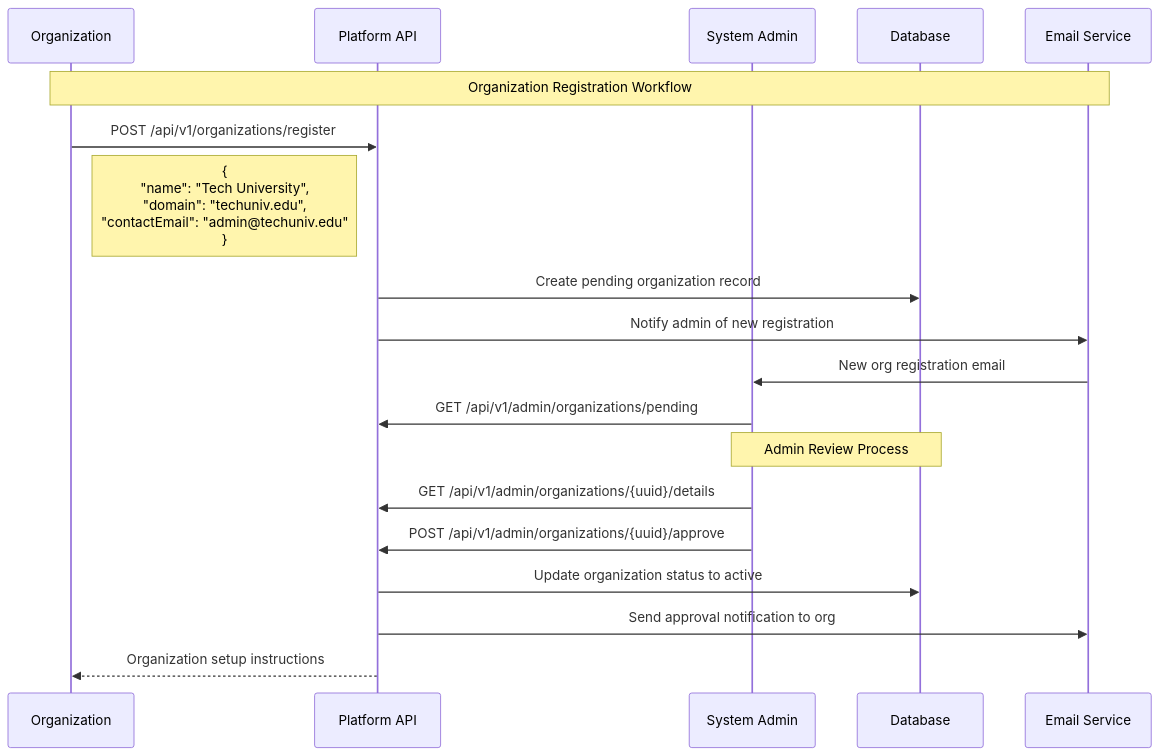
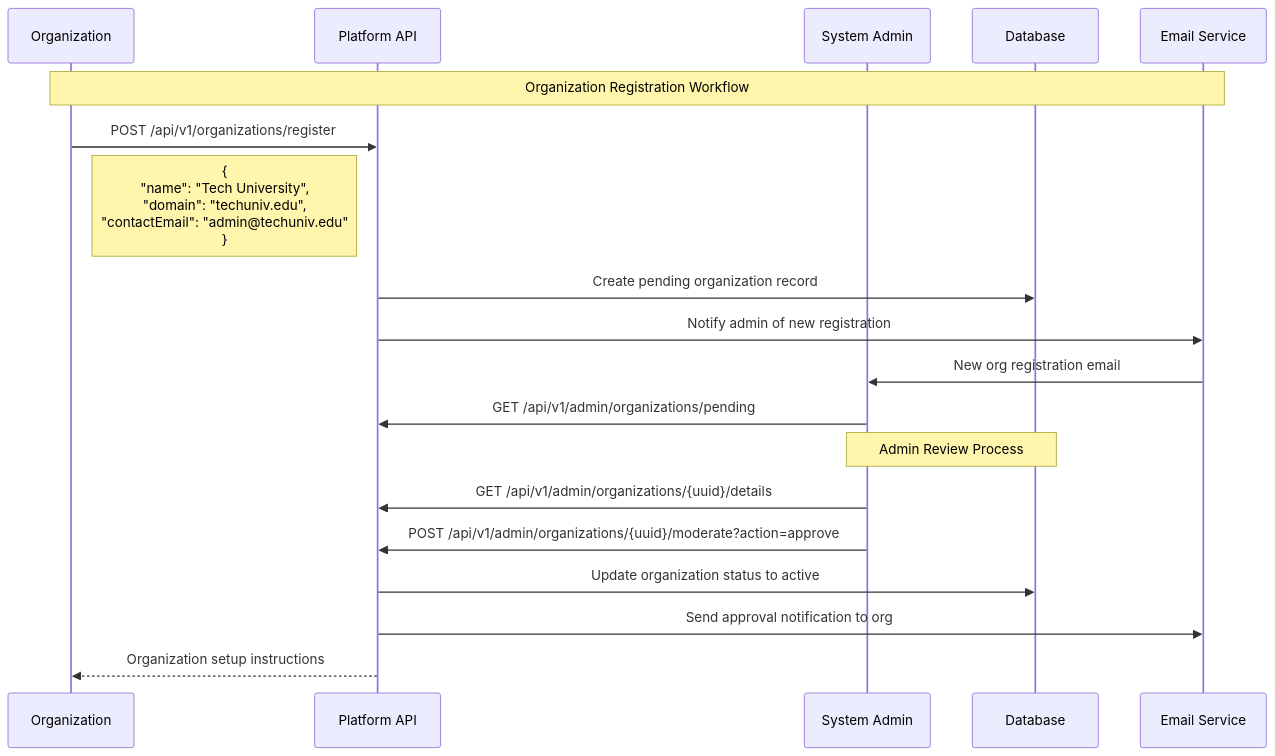
The fourth of 7 diagrams in docs/guides/AdminDomainGuide.md (sarafrika/elimika), drawn with Mermaid before and after one commit. The commit also changed other lines of this file and 8 other files, not shown here.

````diff
--- a/docs/guides/AdminDomainGuide.md
+++ b/docs/guides/AdminDomainGuide.md
@@ -158,26 +158,26 @@
 ```mermaid
 sequenceDiagram
     participant ORG as Organization
     participant API as Platform API
     participant ADMIN as System Admin
     participant DB as Database
     participant EMAIL as Email Service
 
     Note over ORG,EMAIL: Organization Registration Workflow
     ORG->>API: POST /api/v1/organizations/register
     Note right of ORG: {<br/>"name": "Tech University",<br/>"domain": "techuniv.edu",<br/>"contactEmail": "admin@techuniv.edu"<br/>}
     
     API->>DB: Create pending organization record
     API->>EMAIL: Notify admin of new registration
     
     EMAIL->>ADMIN: New org registration email
     ADMIN->>API: GET /api/v1/admin/organizations/pending
     
     Note over ADMIN,DB: Admin Review Process
     ADMIN->>API: GET /api/v1/admin/organizations/{uuid}/details
-    ADMIN->>API: POST /api/v1/admin/organizations/{uuid}/approve
+    ADMIN->>API: POST /api/v1/admin/organizations/{uuid}/moderate?action=approve
     
     API->>DB: Update organization status to active
     API->>EMAIL: Send approval notification to org
     API-->>ORG: Organization setup instructions
 ```
````
